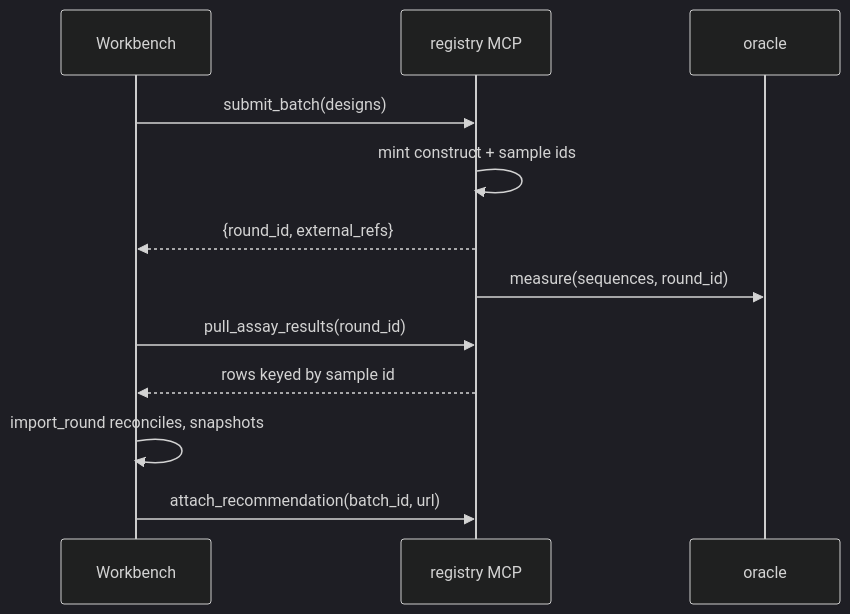
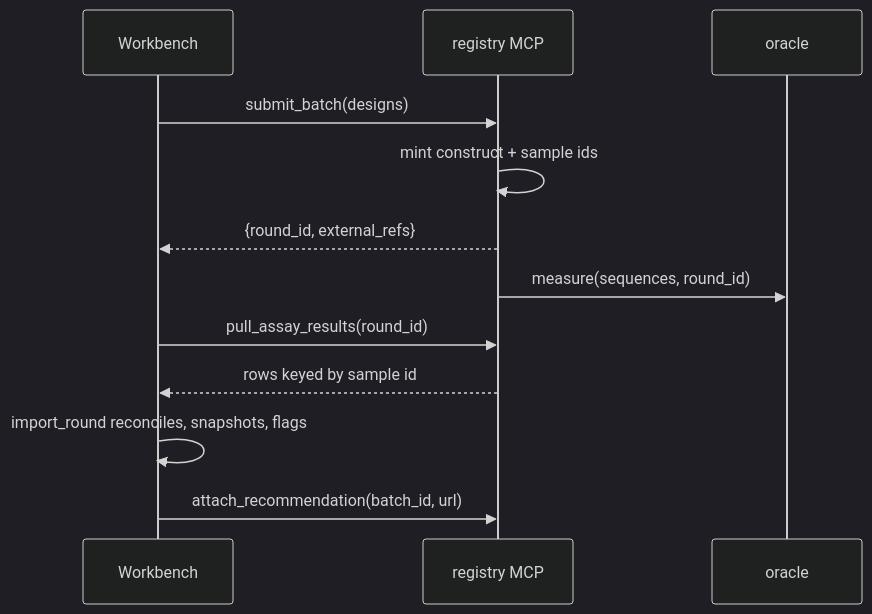
Before and after one commit to cooperstlogic/adaptive-workbench: the second of 2 diagrams in SPEC.md, drawn with Mermaid (dark theme). The commit also changed other lines of this file and 2 other files, not shown here.

````diff
--- a/SPEC.md
+++ b/SPEC.md
@@ -212,14 +288,14 @@
 ```mermaid
 sequenceDiagram
   participant W as Workbench
   participant R as registry MCP
   participant O as oracle
   W->>R: submit_batch(designs)
   R->>R: mint construct + sample ids
   R-->>W: {round_id, external_refs}
   R->>O: measure(sequences, round_id)
   W->>R: pull_assay_results(round_id)
   R-->>W: rows keyed by sample id
-  W->>W: import_round reconciles, snapshots
+  W->>W: import_round reconciles, snapshots, flags
   W->>R: attach_recommendation(batch_id, url)
 ```
````
